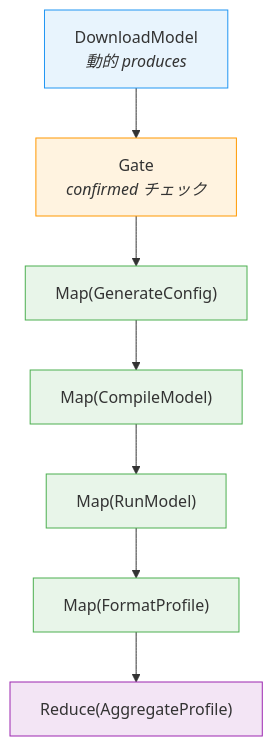
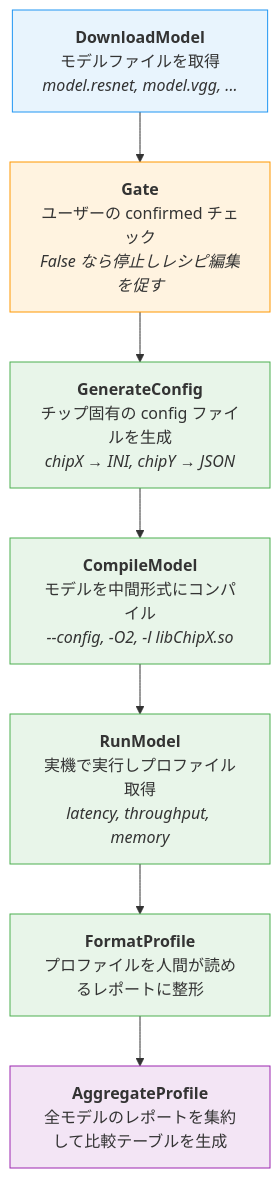
The first of 6 diagrams in docs/architecture.md (hatsuka20/vibe_test), drawn with Mermaid before and after one commit. The commit also changed other lines of this file, not shown here.

First line of the commit message:
Rewrite architecture doc with motivation, examples, and narrative

````diff
--- a/docs/architecture.md
+++ b/docs/architecture.md
@@ -10,20 +34,20 @@
 ```mermaid
 flowchart TD
-    DL["DownloadModel<br/><i>動的 produces</i>"]
-    G["Gate<br/><i>confirmed チェック</i>"]
-    GC["Map(GenerateConfig)"]
-    CM["Map(CompileModel)"]
-    RM["Map(RunModel)"]
-    FP["Map(FormatProfile)"]
-    AG["Reduce(AggregateProfile)"]
+    DL["<b>DownloadModel</b><br/>モデルファイルを取得<br/><i>model.resnet, model.vgg, ...</i>"]
+    G["<b>Gate</b><br/>ユーザーの confirmed チェック<br/><i>False なら停止しレシピ編集を促す</i>"]
+    GC["<b>GenerateConfig</b><br/>チップ固有の config ファイルを生成<br/><i>chipX → INI, chipY → JSON</i>"]
+    CM["<b>CompileModel</b><br/>モデルを中間形式にコンパイル<br/><i>--config, -O2, -l libChipX.so</i>"]
+    RM["<b>RunModel</b><br/>実機で実行しプロファイル取得<br/><i>latency, throughput, memory</i>"]
+    FP["<b>FormatProfile</b><br/>プロファイルを人間が読めるレポートに整形"]
+    AG["<b>AggregateProfile</b><br/>全モデルのレポートを集約して比較テーブルを生成"]
 
     DL --> G --> GC --> CM --> RM --> FP --> AG
 
     style DL fill:#e8f4fd,stroke:#2196F3
     style G fill:#fff3e0,stroke:#FF9800
     style GC fill:#e8f5e9,stroke:#4CAF50
     style CM fill:#e8f5e9,stroke:#4CAF50
     style RM fill:#e8f5e9,stroke:#4CAF50
     style FP fill:#e8f5e9,stroke:#4CAF50
     style AG fill:#f3e5f5,stroke:#9C27B0
 ```
````
